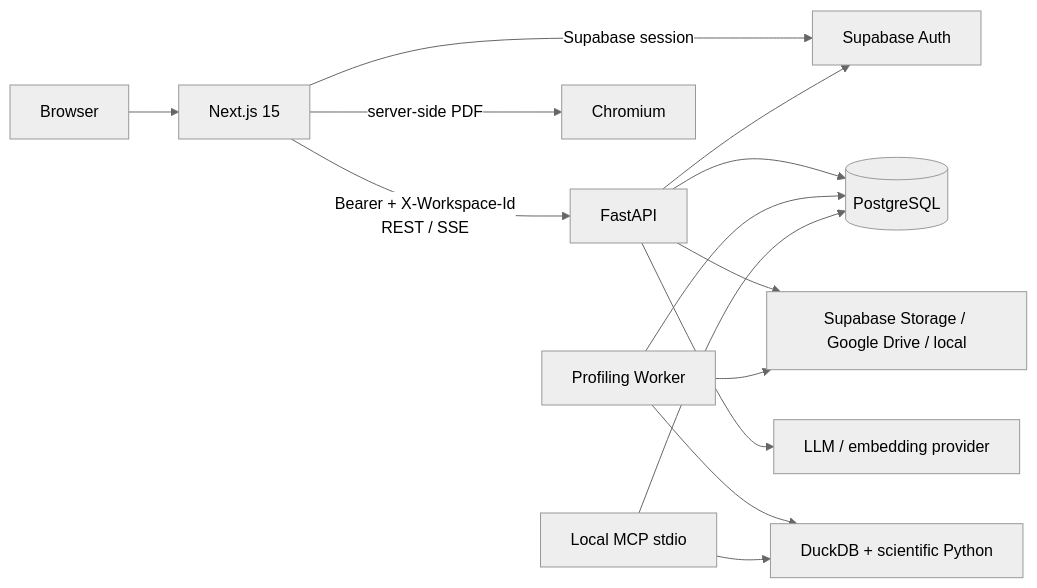
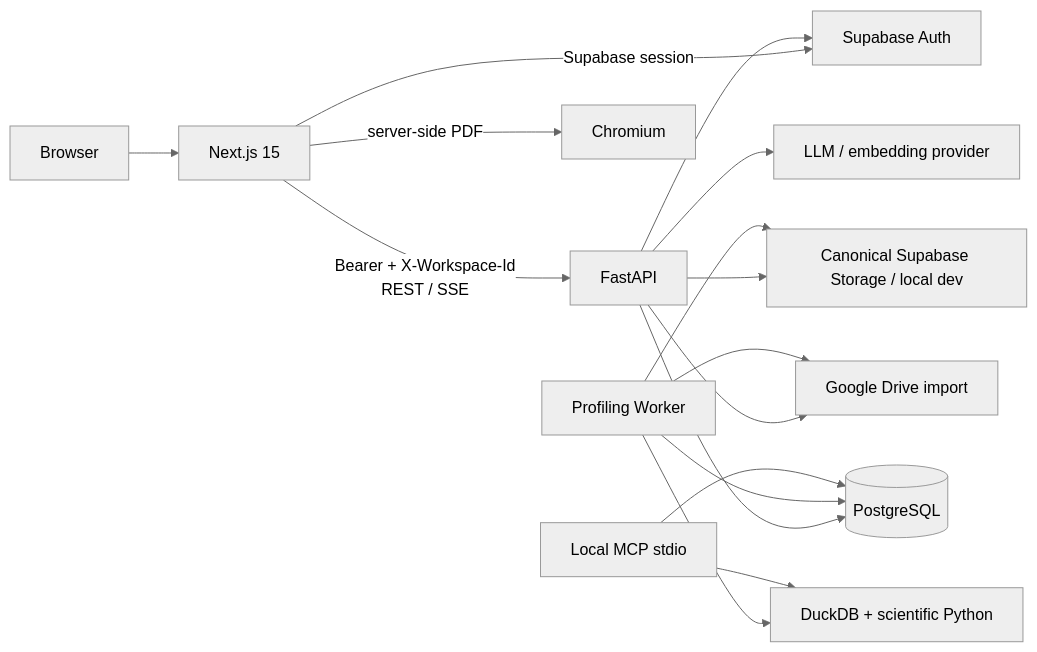
Before and after one commit to mhiu05/VDaAgent: the diagram in docs/README.md, drawn with Mermaid (neutral theme). The commit also changed other lines of this file and 1913 other files, not shown here.

````diff
--- a/docs/README.md
+++ b/docs/README.md
@@ -68,16 +68,18 @@
 ```mermaid
 flowchart LR
   U[Browser] --> N[Next.js 15]
   N -->|Bearer + X-Workspace-Id<br/>REST / SSE| A[FastAPI]
   N -->|Supabase session| AU[Supabase Auth]
   N -->|server-side PDF| PDF[Chromium]
   A --> AU
   A --> DB[(PostgreSQL)]
-  A --> ST[Supabase Storage / Google Drive / local]
+  A --> ST[Canonical Supabase Storage / local dev]
+  A --> GD[Google Drive import]
   A --> AI[LLM / embedding provider]
   W[Profiling Worker] --> DB
   W --> ST
+  W --> GD
   W --> D[DuckDB + scientific Python]
   M[Local MCP stdio] --> DB
   M --> D
 ```
````
